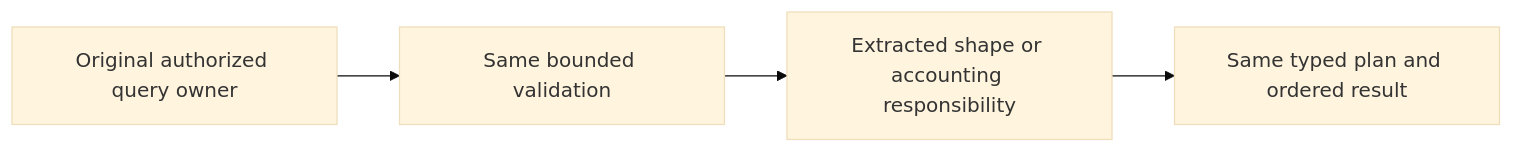
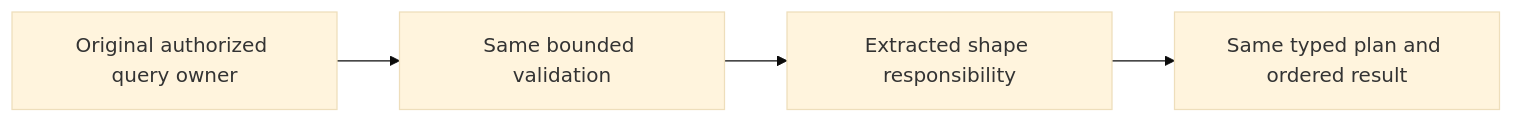
One commit to managedcode/KeyLoad changed the diagram in docs/Features/QueryExecution/QueryNumericResponsibilityExtraction.md. Above: the diagram before and after it, drawn with Mermaid (base theme). The commit also changed other lines of this file and 673 other files, not shown here.

````diff
--- a/docs/Features/QueryExecution/QueryNumericResponsibilityExtraction.md
+++ b/docs/Features/QueryExecution/QueryNumericResponsibilityExtraction.md
@@ -9,6 +9,6 @@
 ```mermaid
 flowchart LR
   A[Original authorized query owner] --> B[Same bounded validation]
-  B --> C[Extracted shape or accounting responsibility]
+  B --> C[Extracted shape responsibility]
   C --> D[Same typed plan and ordered result]
 ```
````
